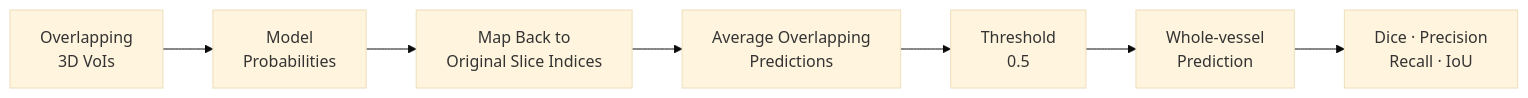
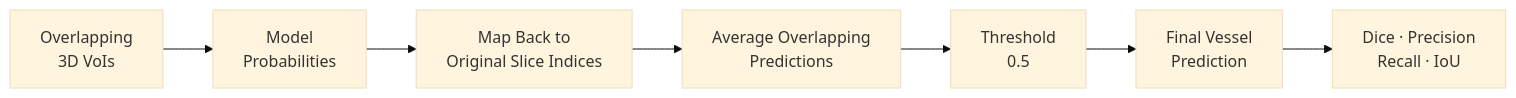
One commit to ChengYuChing/3D-DLimage-segmentation changed the second of 2 diagrams in docs/05_experiments_results.md. Above: the diagram before and after it, drawn with Mermaid (base theme). The commit also changed other lines of this file, not shown here.

Commit message:
Use vessel-level terminology in P5 deep dive

````diff
--- a/docs/05_experiments_results.md
+++ b/docs/05_experiments_results.md
@@ -90,12 +90,12 @@
 ```mermaid
 flowchart LR
     A["Overlapping<br/>3D VoIs"]
     B["Model<br/>Probabilities"]
     C["Map Back to<br/>Original Slice Indices"]
     D["Average Overlapping<br/>Predictions"]
     E["Threshold<br/>0.5"]
-    F["Whole-vessel<br/>Prediction"]
+    F["Final Vessel<br/>Prediction"]
     G["Dice · Precision<br/>Recall · IoU"]
 
     A --> B --> C --> D --> E --> F --> G
 ```
````
